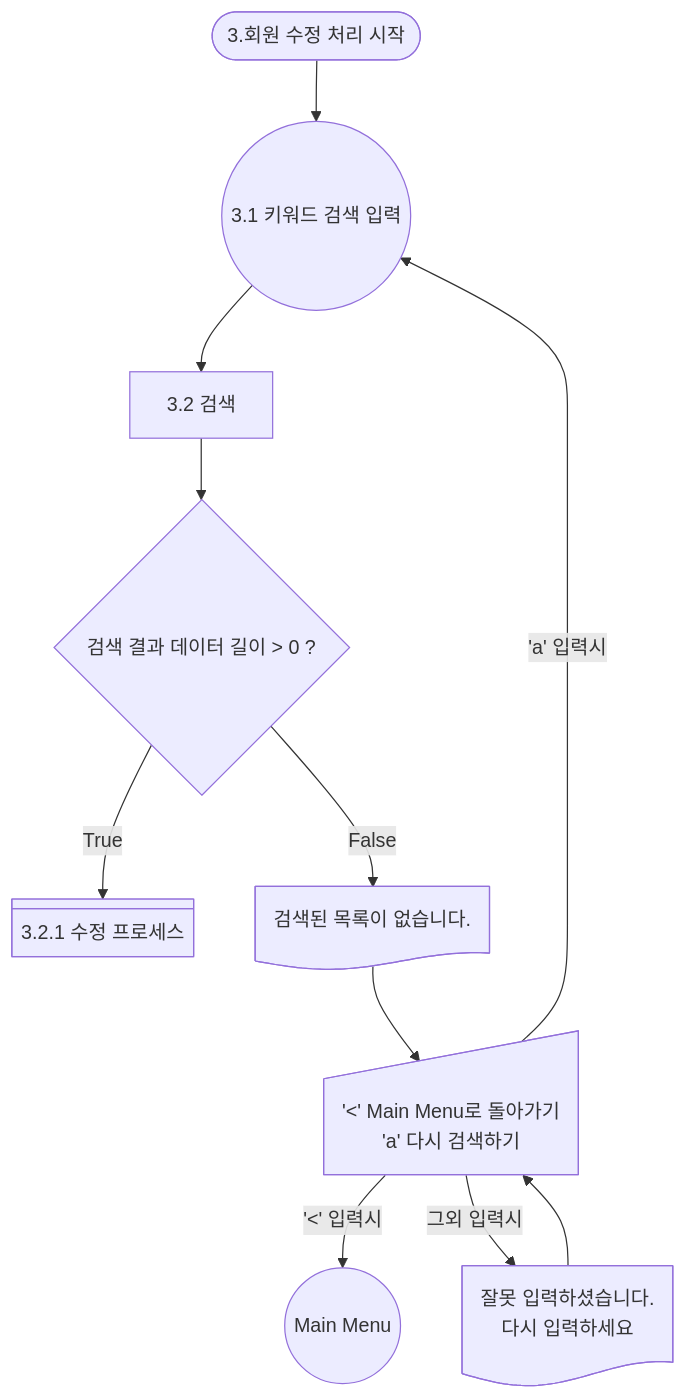
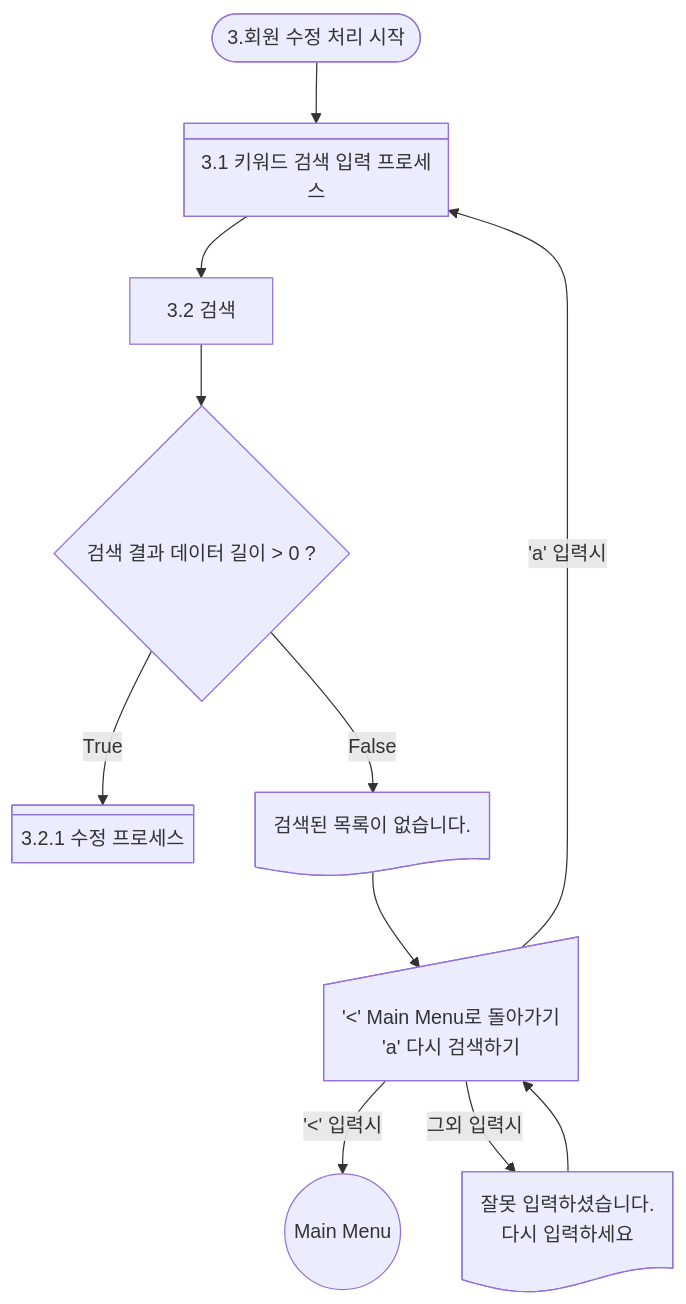
Before and after one commit to Happy-o3ov/big20-python-project1-team3: the diagram in docs/1stSubject_flowchart03_update_3.0.md, drawn with Mermaid. The commit also changed 4 other files, not shown here.

````diff
--- a/docs/1stSubject_flowchart03_update_3.0.md
+++ b/docs/1stSubject_flowchart03_update_3.0.md
@@ -2,15 +2,15 @@
 ```mermaid
 graph TD
    %% 3. 회원 수정 처리 
    Update([3.회원 수정 처리 시작]) --> searchCondition@{ shape: div-rect, label: "3.1 키워드 검색 입력 프로세스" } 
    searchCondition --> searching[3.2 검색]
    searching --> searchResult{ 검색 결과 데이터 길이 > 0 ? }
    searchResult -- True --> updateItemNoChoice@{ shape: div-rect, label: "3.2.1 수정 프로세스" } 
    searchResult -- False --> printNoSearch@{ shape: doc, label: "검색된 목록이 없습니다."};
       printNoSearch --> inputAction@{ shape: sl-rect, label: "'<' Main Menu로 돌아가기 <br> 'a' 다시 검색하기 "}
-      inputAction -- 'a' 입력시 --> searchCondition((3.1 키워드 검색 입력))
+      inputAction -- 'a' 입력시 --> searchCondition
       inputAction -- '<' 입력시 --> MainMenu((Main Menu))
       inputAction -- 그외 입력시 --> errorInputPrint@{ shape: doc, label: "잘못 입력하셨습니다. <br> 다시 입력하세요"};
       errorInputPrint --> inputAction    
-   %% searchResultFailed --> searchCondition
+  
  ```
````
